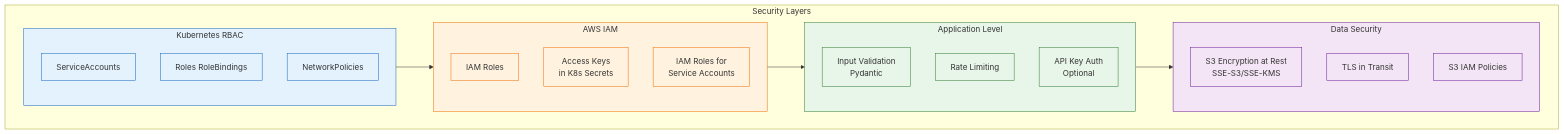
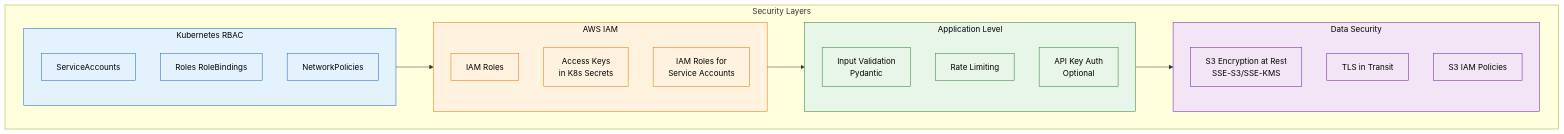
Before and after one commit to snowcell-cloud/asgard: diagram 18 of 19 in docs/COMPLETE_ARCHITECTURE.md, drawn with Mermaid. The commit also changed other lines of this file, not shown here.

Commit message:
fix: Update mermaid class definitions for consistent color styling in COMPLETE_ARCHITECTURE.md

````diff
--- a/docs/COMPLETE_ARCHITECTURE.md
+++ b/docs/COMPLETE_ARCHITECTURE.md
@@ -1277,42 +1277,42 @@
 ```mermaid
 flowchart TB
     subgraph Security["Security Layers"]
         subgraph K8s["Kubernetes RBAC"]
             SA[ServiceAccounts]
             Roles[Roles  RoleBindings]
             NetPol[NetworkPolicies]
         end
 
         subgraph AWS["AWS IAM"]
             IAM[IAM Roles]
             Keys[Access Keys\nin K8s Secrets]
             IRSA[IAM Roles for\nService Accounts]
         end
 
         subgraph App["Application Level"]
             Validation[Input Validation\nPydantic]
             Throttle[Rate Limiting]
             Auth[API Key Auth\nOptional]
         end
 
         subgraph Data["Data Security"]
             EncryptRest[S3 Encryption at Rest\nSSE-S3/SSE-KMS]
             EncryptTransit[TLS in Transit]
             Access[S3 IAM Policies]
         end
     end
 
     K8s --> AWS
     AWS --> App
     App --> Data
 
-    classDef k8sStyle fill:#e3f2fd,stroke:#1565c0
-    classDef awsStyle fill:#fff3e0,stroke:#ef6c00
-    classDef appStyle fill:#e8f5e9,stroke:#2e7d32
-    classDef dataStyle fill:#f3e5f5,stroke:#6a1b9a
+    classDef k8sStyle fill:#e3f2fd,stroke:#1565c0,color:#000
+    classDef awsStyle fill:#fff3e0,stroke:#ef6c00,color:#000
+    classDef appStyle fill:#e8f5e9,stroke:#2e7d32,color:#000
+    classDef dataStyle fill:#f3e5f5,stroke:#6a1b9a,color:#000
 
     class K8s,SA,Roles,NetPol k8sStyle
     class AWS,IAM,Keys,IRSA awsStyle
     class App,Validation,Throttle,Auth appStyle
     class Data,EncryptRest,EncryptTransit,Access dataStyle
 ```
````
